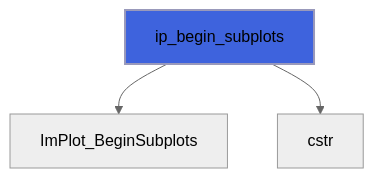
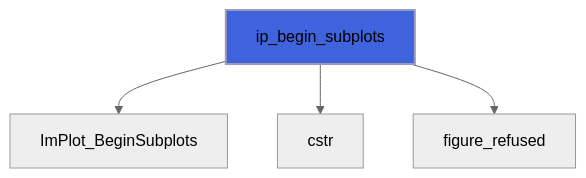
One commit to szaghi/figure changed diagram 27 of 37 in docs/api/src/lib/figure_implot.md. Above: the diagram before and after it, drawn with Mermaid (neutral theme). The commit also changed other lines of this file and 13 other files, not shown here.

````diff
--- a/docs/api/src/lib/figure_implot.md
+++ b/docs/api/src/lib/figure_implot.md
@@ -937,6 +938,7 @@
 ```mermaid
 flowchart TD
   ip_begin_subplots["ip_begin_subplots"] --> ImPlot_BeginSubplots["ImPlot_BeginSubplots"]
   ip_begin_subplots["ip_begin_subplots"] --> cstr["cstr"]
+  ip_begin_subplots["ip_begin_subplots"] --> figure_refused["figure_refused"]
   style ip_begin_subplots fill:#3e63dd,stroke:#99b,stroke-width:2px
 ```
````
